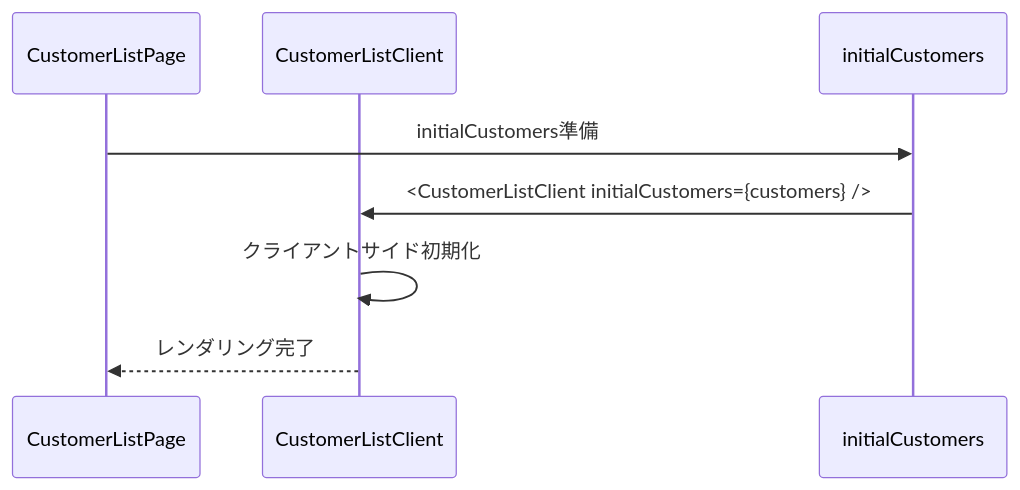
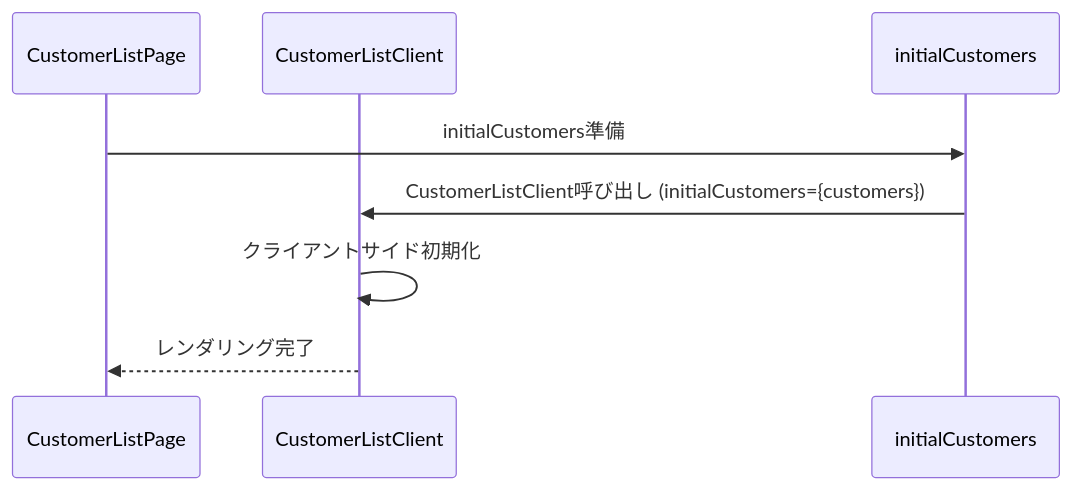
One commit to wasabi49/ocs-systemDevelopmentExercises changed the fourth of 6 diagrams in document/pages/sequence/CustomerList.md. Above: the diagram before and after it, drawn with Mermaid. The commit also changed 5 other files, not shown here.

First line of the commit message:
fix: Mermaidシーケンス図の'parameter'を'participant'に修正

````diff
--- a/document/pages/sequence/CustomerList.md
+++ b/document/pages/sequence/CustomerList.md
@@ -71,11 +71,11 @@
 ```mermaid
 sequenceDiagram
     participant Page as CustomerListPage
     participant Client as CustomerListClient
     participant Props as initialCustomers
 
     Page->>Props: initialCustomers準備
-    Props->>Client: <CustomerListClient initialCustomers={customers} />
+    Props->>Client: CustomerListClient呼び出し (initialCustomers={customers})
     Client->>Client: クライアントサイド初期化
     Client-->>Page: レンダリング完了
 ```
````
